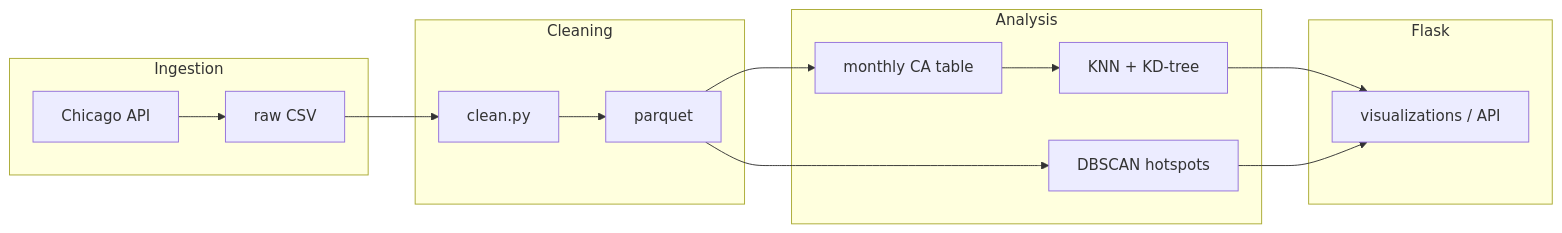
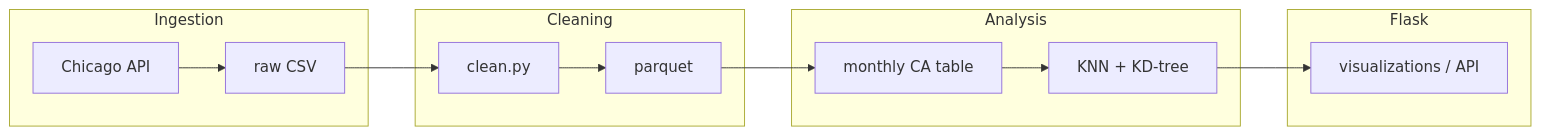
The diagram in docs/ARCHITECTURE.md (hertie-dsa-26/project-chaggg), drawn with Mermaid before and after one commit. The commit also changed other lines of this file and 12 other files, not shown here.

First line of the commit message:
chore(pr): split DBSCAN hotspots into separate branch

````diff
--- a/docs/ARCHITECTURE.md
+++ b/docs/ARCHITECTURE.md
@@ -16,25 +16,22 @@
 ```mermaid
 flowchart LR
   subgraph ingest [Ingestion]
     API[Chicago API]
     RAW[raw CSV]
     API --> RAW
   end
   subgraph clean [Cleaning]
     CL[clean.py]
     PQ[parquet]
     RAW --> CL --> PQ
   end
   subgraph ml [Analysis]
     MONTH[monthly CA table]
     KNN[KNN + KD-tree]
-    DBS[DBSCAN hotspots]
     PQ --> MONTH --> KNN
-    PQ --> DBS
   end
   subgraph web [Flask]
     VIZ[visualizations / API]
     KNN --> VIZ
-    DBS --> VIZ
   end
 ```
````
